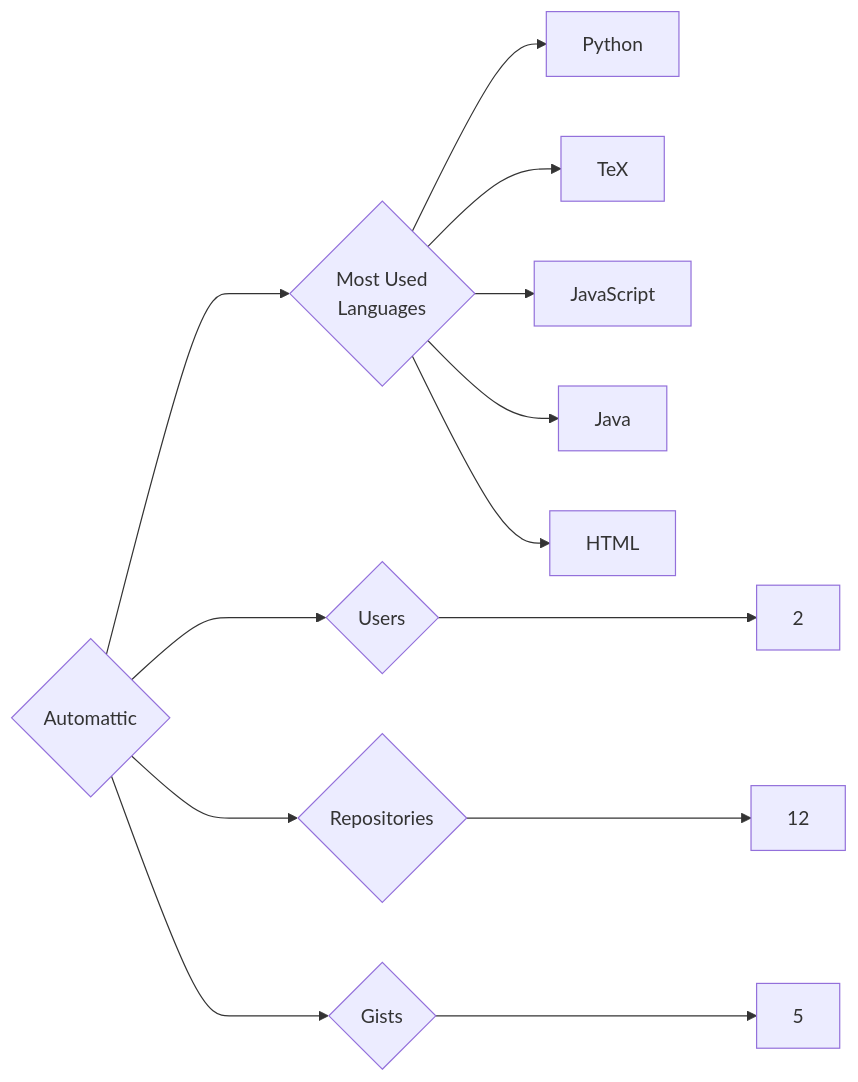
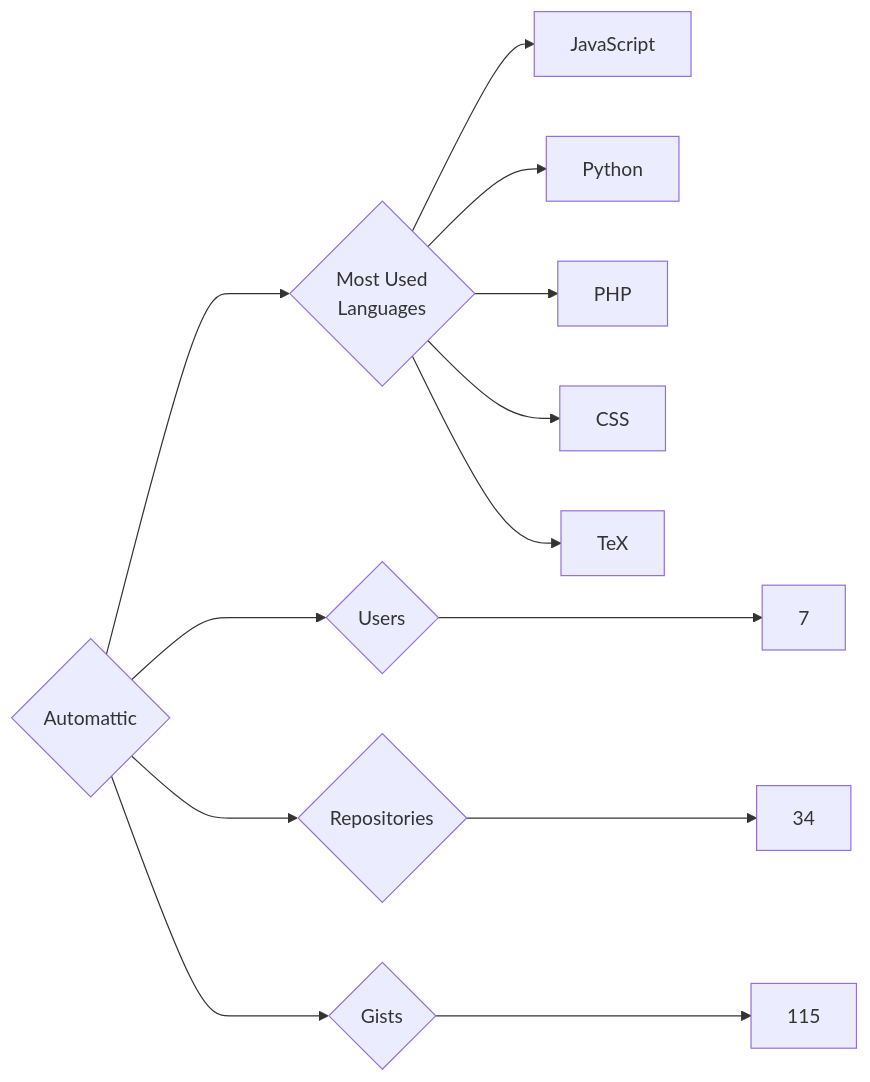
One commit to trickest/insiders changed the diagram in targets/Automattic/README.md. Above: the diagram before and after it, drawn with Mermaid. The commit also changed 1175 other files, not shown here.

````diff
--- a/targets/Automattic/README.md
+++ b/targets/Automattic/README.md
@@ -3,13 +3,13 @@
 ```mermaid
 graph LR
 COMPANY_NAME{Automattic}
-COMPANY_NAME ---> U{Users} ---> UN[2]
-COMPANY_NAME ---> R{Repositories} ---> RN[12]
-COMPANY_NAME ---> G{Gists} ---> GN[5]
+COMPANY_NAME ---> U{Users} ---> UN[7]
+COMPANY_NAME ---> R{Repositories} ---> RN[34]
+COMPANY_NAME ---> G{Gists} ---> GN[115]
 COMPANY_NAME ---> ML{Most Used<br>Languages}
+ML --> JavaScript[JavaScript]
 ML --> Python[Python]
+ML --> PHP[PHP]
+ML --> CSS[CSS]
 ML --> TeX[TeX]
-ML --> JavaScript[JavaScript]
-ML --> Java[Java]
-ML --> HTML[HTML]
 ```
````
